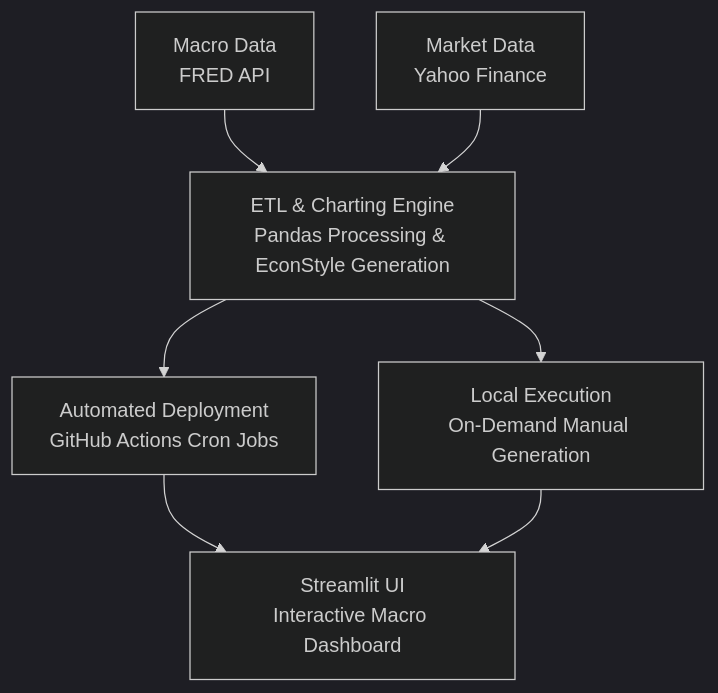
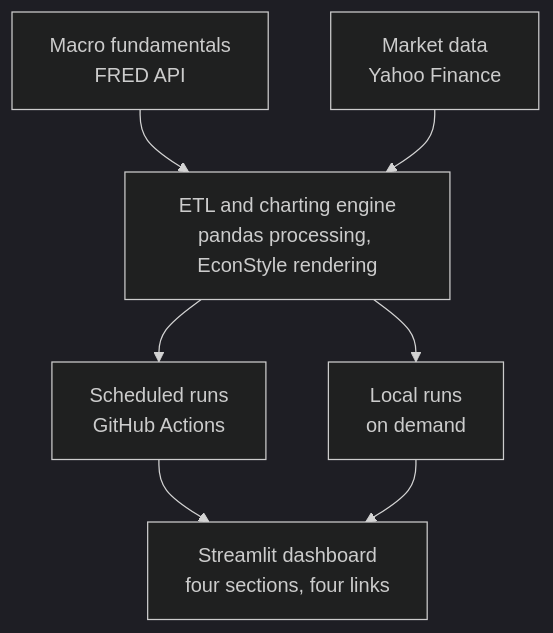
The first of 2 diagrams in _pages/economics-hub.md (shreyasxi/shreyasxi.github.io), drawn with Mermaid (dark theme) before and after one commit. The commit also changed other lines of this file, not shown here.

Commit message:
Updated economics hub explanation

````diff
--- a/_pages/economics-hub.md
+++ b/_pages/economics-hub.md
@@ -38,13 +172,13 @@
 ```mermaid
 flowchart TD
-    A1[Macro Data\nFRED API] --> B
-    A2[Market Data\nYahoo Finance] --> B
-    
-    B[ETL & Charting Engine\nPandas Processing & EconStyle Generation] --> C1
+    A1[Macro fundamentals\nFRED API] --> B
+    A2[Market data\nYahoo Finance] --> B
+
+    B[ETL and charting engine\npandas processing, EconStyle rendering] --> C1
     B --> C2
-    
-    C1[Automated Deployment\nGitHub Actions Cron Jobs] --> D
-    C2[Local Execution\nOn-Demand Manual Generation] --> D
-    
-    D[Streamlit UI\nInteractive Macro Dashboard]
+
+    C1[Scheduled runs\nGitHub Actions] --> D
+    C2[Local runs\non demand] --> D
+
+    D[Streamlit dashboard\nfour sections, four links]
 ```
````
